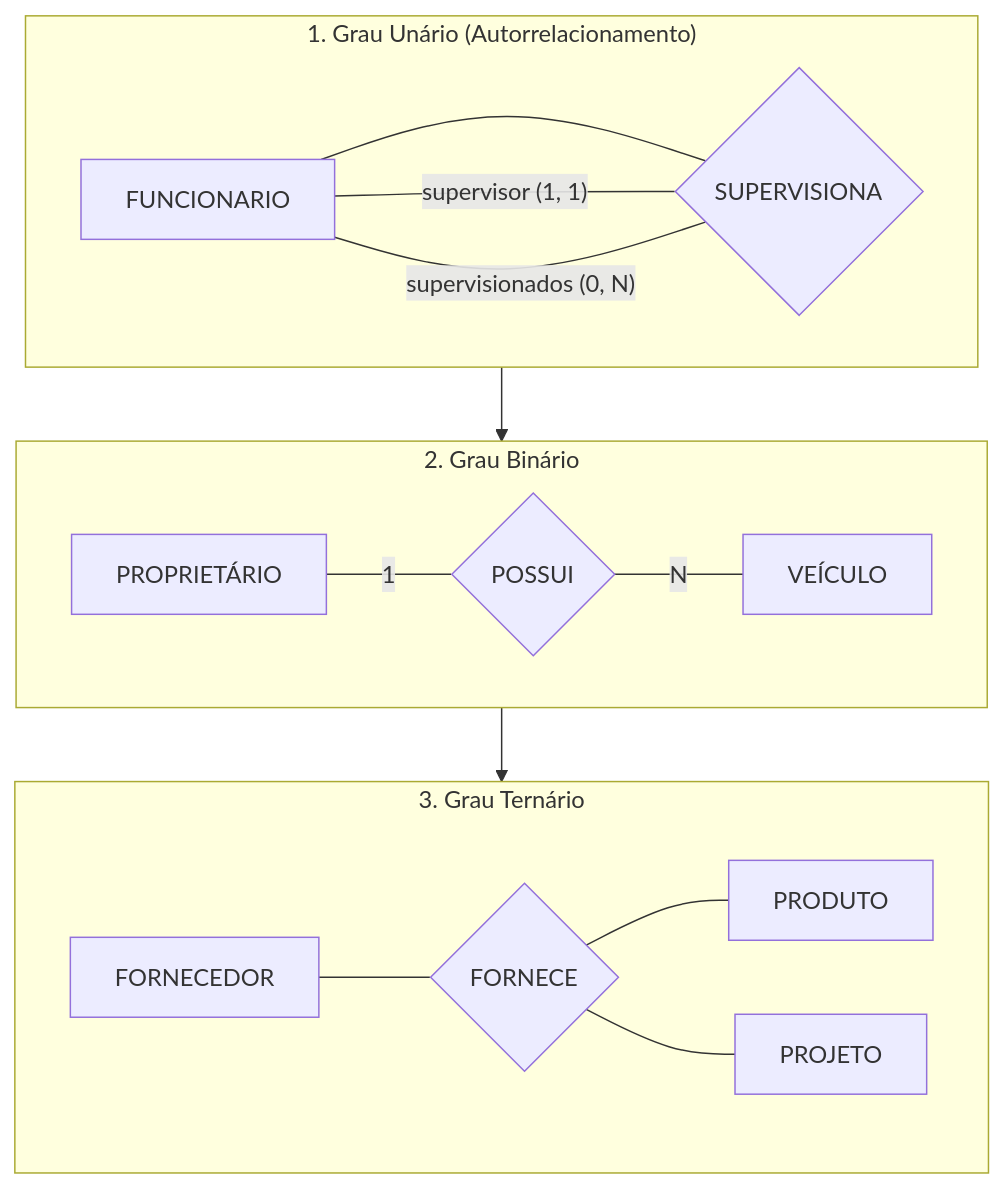
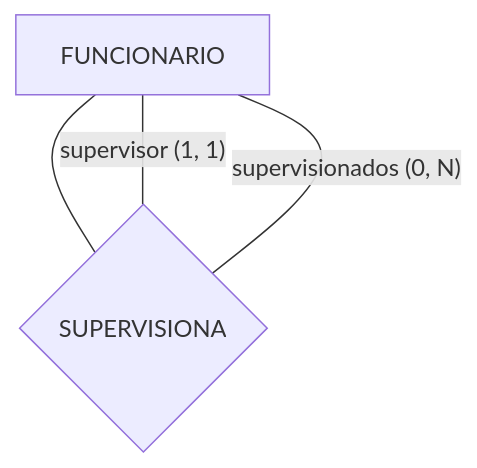
One commit to leorruas/puc changed the tenth of 13 diagrams in 02. Modelagem de Dados/06. Modelagem de relacionamentos, cardinalidade e restrições de participação.md. Above: the diagram before and after it, drawn with Mermaid. The commit also changed other lines of this file, not shown here.

Commit message:
style(modelagem-dados): split grouped subgraphs into standalone vertical diagrams in article 06

````diff
--- a/02. Modelagem de Dados/06. Modelagem de relacionamentos, cardinalidade e restrições de participação.md
+++ b/02. Modelagem de Dados/06. Modelagem de relacionamentos, cardinalidade e restrições de participação.md
@@ -175,20 +171,6 @@
 ```mermaid
 flowchart TD
-    subgraph SubgraphUnario["1. Grau Unário (Autorrelacionamento)"]
-        Func["FUNCIONARIO"] --- Superv{"SUPERVISIONA"}
-        Superv ---|"supervisor (1, 1)"| Func
-        Superv ---|"supervisionados (0, N)"| Func
-    end
-
-    subgraph SubgraphBinario["2. Grau Binário"]
-        Prop2["PROPRIETÁRIO"] ---|"1"| RelProp2{"POSSUI"} ---|"N"| Veic2["VEÍCULO"]
-    end
-
-    subgraph SubgraphTernario["3. Grau Ternário"]
-        Forn["FORNECEDOR"] --- FornRel{"FORNECE"}
-        FornRel --- Prod["PRODUTO"]
-        FornRel --- Proj["PROJETO"]
-    end
-
-    SubgraphUnario --> SubgraphBinario --> SubgraphTernario
+    Func["FUNCIONARIO"] --- Superv{"SUPERVISIONA"}
+    Superv ---|"supervisor (1, 1)"| Func
+    Superv ---|"supervisionados (0, N)"| Func
 ```
````
